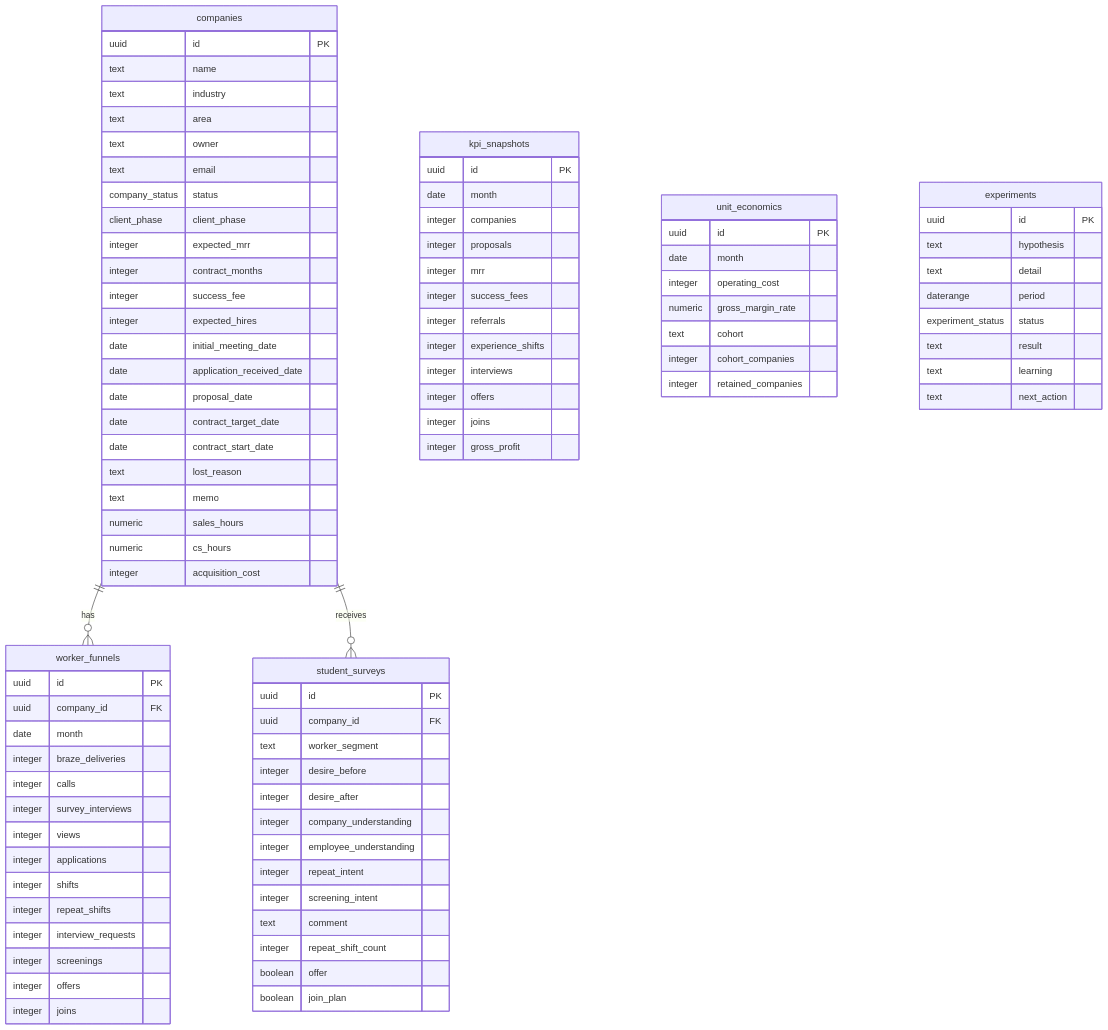
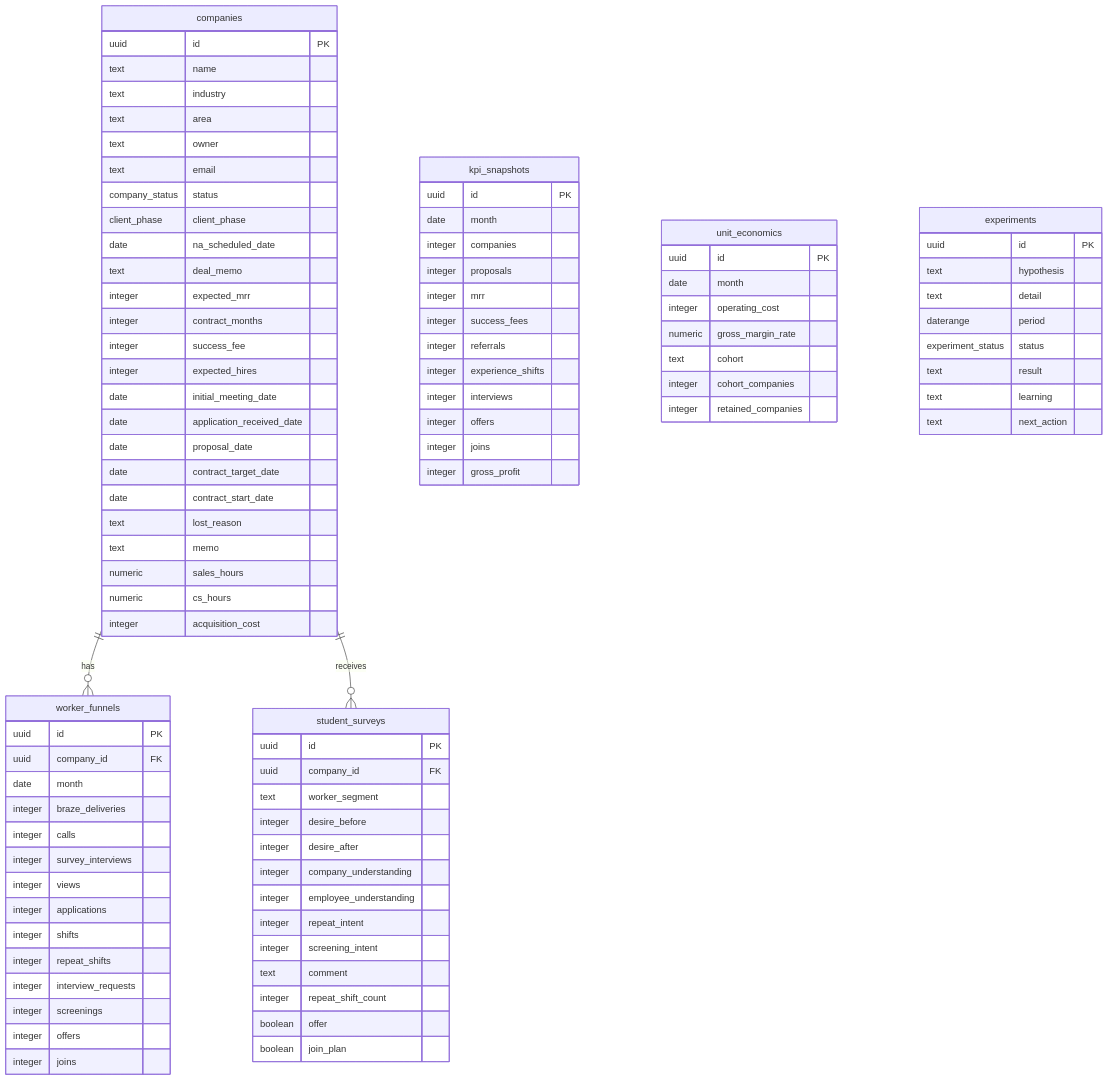
Before and after one commit to Ryo-Sato0922/newgrad-dashboard: the diagram in README.md, drawn with Mermaid. The commit also changed other lines of this file and 7 other files, not shown here.

```diff
--- a/README.md
+++ b/README.md
@@ -91,6 +91,8 @@
     text email
     company_status status
     client_phase client_phase
+    date na_scheduled_date
+    text deal_memo
     integer expected_mrr
     integer contract_months
     integer success_fee
```
